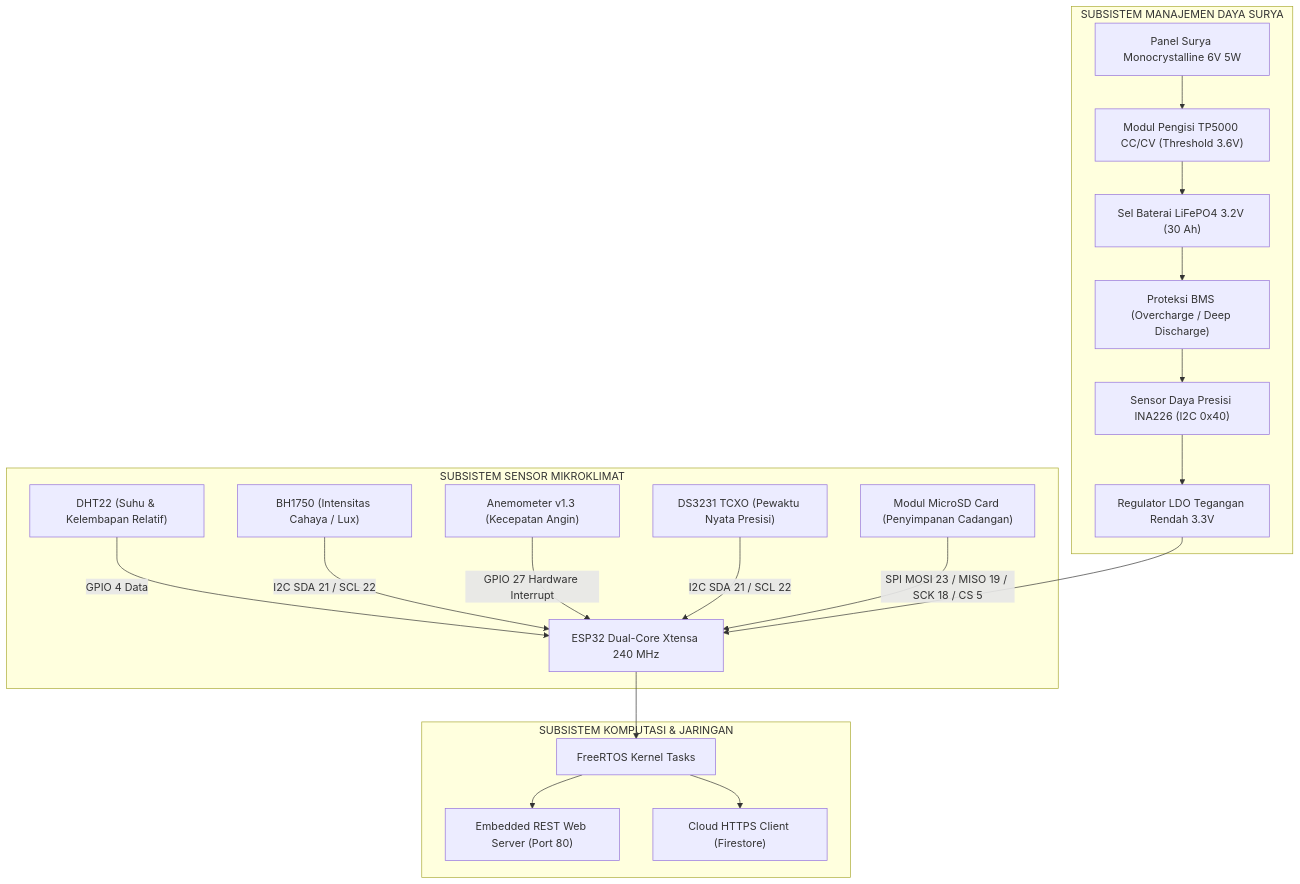
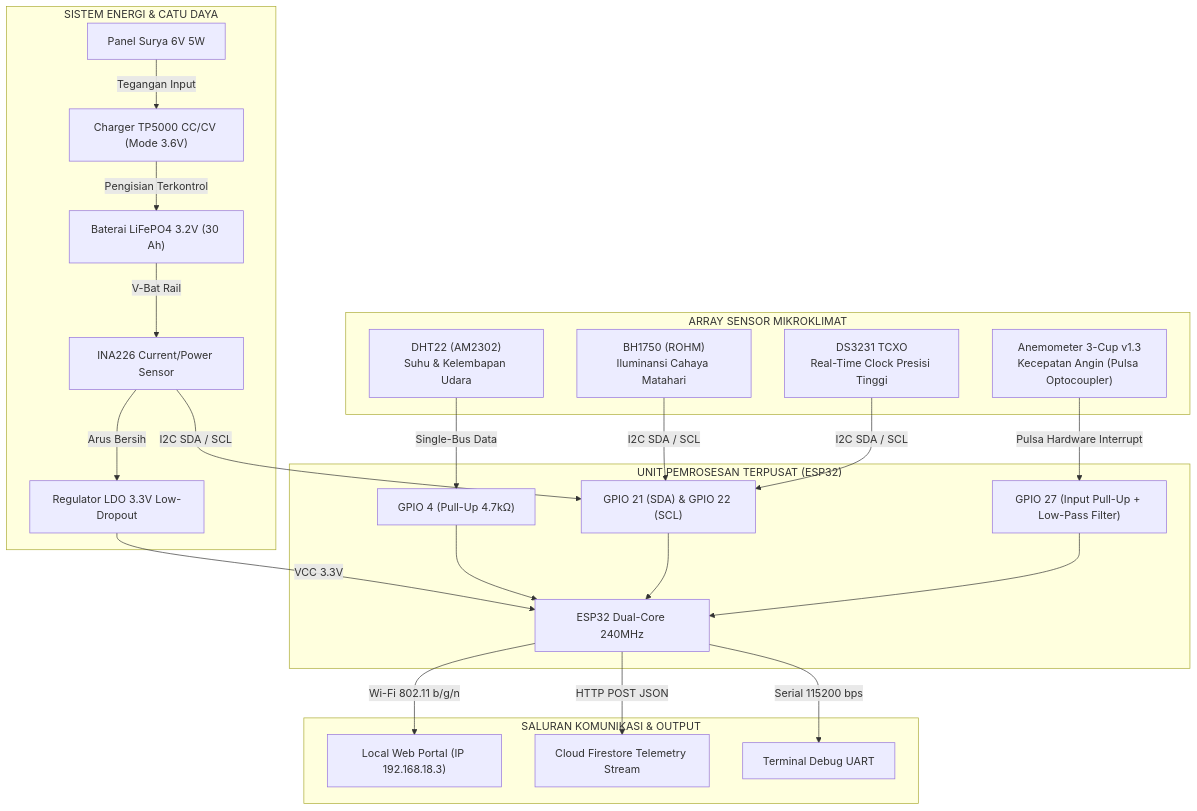
One commit to ghiffa08/weather-station-agrinex changed the first of 3 diagrams in docs/laporan/DOKUMENTASI_LENGKAP_SISTEM_AGRINEX.md. Above: the diagram before and after it, drawn with Mermaid. The commit also changed other lines of this file and 1 other file, not shown here.

````diff
--- a/docs/laporan/DOKUMENTASI_LENGKAP_SISTEM_AGRINEX.md
+++ b/docs/laporan/DOKUMENTASI_LENGKAP_SISTEM_AGRINEX.md
@@ -160,25 +77,36 @@
 ```mermaid
-flowchart TD
-    subgraph PowerSystem["SUBSISTEM MANAJEMEN DAYA SURYA"]
-        PV["Panel Surya Monocrystalline 6V 5W"] --> TP["Modul Pengisi TP5000 CC/CV (Threshold 3.6V)"]
-        TP --> Bat["Sel Baterai LiFePO4 3.2V (30 Ah)"]
-        Bat --> BMS["Proteksi BMS (Overcharge / Deep Discharge)"]
-        BMS --> INA["Sensor Daya Presisi INA226 (I2C 0x40)"]
-        INA --> VREG["Regulator LDO Tegangan Rendah 3.3V"]
+graph TD
+    subgraph PowerSystem["SISTEM ENERGI & CATU DAYA"]
+        SP["Panel Surya 6V 5W"] -->|Tegangan Input| TP["Charger TP5000 CC/CV (Mode 3.6V)"]
+        TP -->|Pengisian Terkontrol| BAT["Baterai LiFePO4 3.2V (30 Ah)"]
+        BAT -->|V-Bat Rail| INA["INA226 Current/Power Sensor"]
+        INA -->|Arus Bersih| VCC33["Regulator LDO 3.3V Low-Dropout"]
     end
 
-    subgraph SensorSystem["SUBSISTEM SENSOR MIKROKLIMAT"]
-        DHT["DHT22 (Suhu & Kelembapan Relatif)"] -->|GPIO 4 Data| ESP["ESP32 Dual-Core Xtensa 240 MHz"]
-        BH["BH1750 (Intensitas Cahaya / Lux)"] -->|I2C SDA 21 / SCL 22| ESP
-        ANEMO["Anemometer v1.3 (Kecepatan Angin)"] -->|GPIO 27 Hardware Interrupt| ESP
-        RTC["DS3231 TCXO (Pewaktu Nyata Presisi)"] -->|I2C SDA 21 / SCL 22| ESP
-        SD["Modul MicroSD Card (Penyimpanan Cadangan)"] -->|SPI MOSI 23 / MISO 19 / SCK 18 / CS 5| ESP
+    subgraph SensorArray["ARRAY SENSOR MIKROKLIMAT"]
+        DHT["DHT22 (AM2302)<br/>Suhu & Kelembapan Udara"]
+        BH["BH1750 (ROHM)<br/>Iluminansi Cahaya Matahari"]
+        ANEMO["Anemometer 3-Cup v1.3<br/>Kecepatan Angin (Pulsa Optocoupler)"]
+        RTC["DS3231 TCXO<br/>Real-Time Clock Presisi Tinggi"]
     end
 
-    subgraph ProcessingSystem["SUBSISTEM KOMPUTASI & JARINGAN"]
-        VREG --> ESP
-        ESP --> FreeRTOS["FreeRTOS Kernel Tasks"]
-        FreeRTOS --> WebServ["Embedded REST Web Server (Port 80)"]
-        FreeRTOS --> CloudSync["Cloud HTTPS Client (Firestore)"]
+    subgraph ComputeUnit["UNIT PEMROSESAN TERPUSAT (ESP32)"]
+        VCC33 -->|VCC 3.3V| MCU["ESP32 Dual-Core 240MHz"]
+        
+        DHT -->|Single-Bus Data| P_DHT["GPIO 4 (Pull-Up 4.7kΩ)"]
+        BH -->|I2C SDA / SCL| P_I2C["GPIO 21 (SDA) & GPIO 22 (SCL)"]
+        RTC -->|I2C SDA / SCL| P_I2C
+        INA -->|I2C SDA / SCL| P_I2C
+        ANEMO -->|Pulsa Hardware Interrupt| P_PULSE["GPIO 27 (Input Pull-Up + Low-Pass Filter)"]
+        
+        P_DHT --> MCU
+        P_I2C --> MCU
+        P_PULSE --> MCU
+    end
+
+    subgraph OutputChannels["SALURAN KOMUNIKASI & OUTPUT"]
+        MCU -->|Wi-Fi 802.11 b/g/n| AP["Local Web Portal (IP 192.168.18.3)"]
+        MCU -->|HTTP POST JSON| CLOUD["Cloud Firestore Telemetry Stream"]
+        MCU -->|Serial 115200 bps| USB["Terminal Debug UART"]
     end
 ```
````
